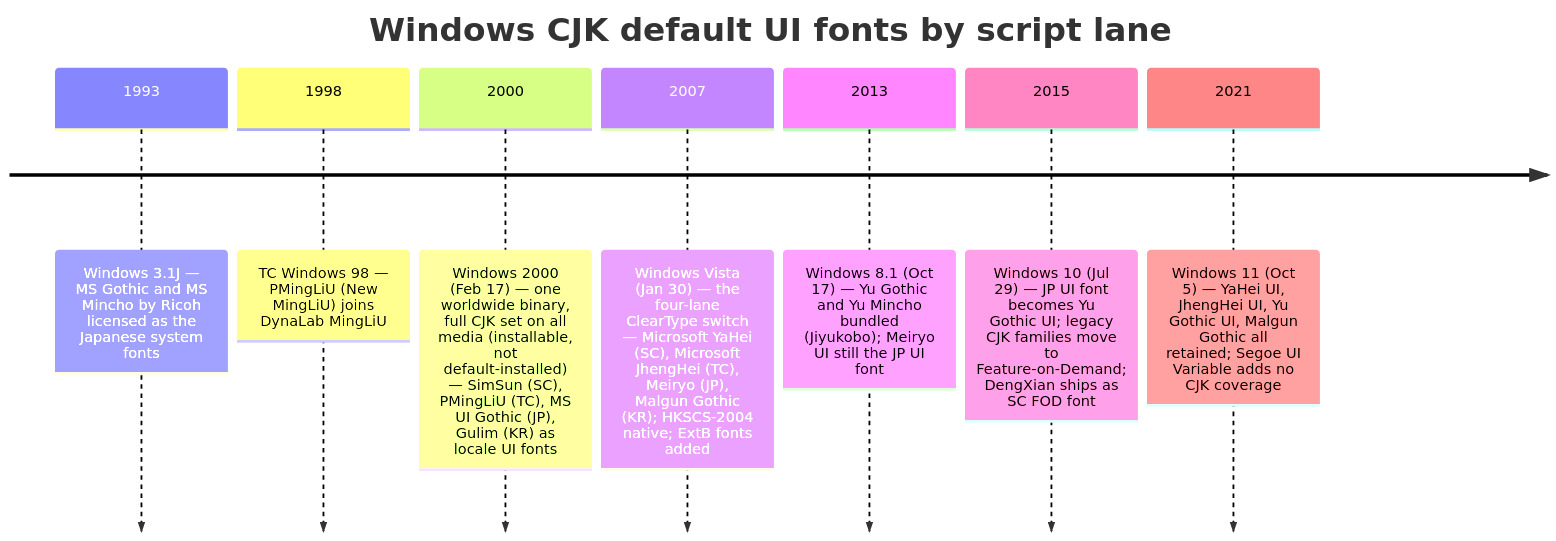
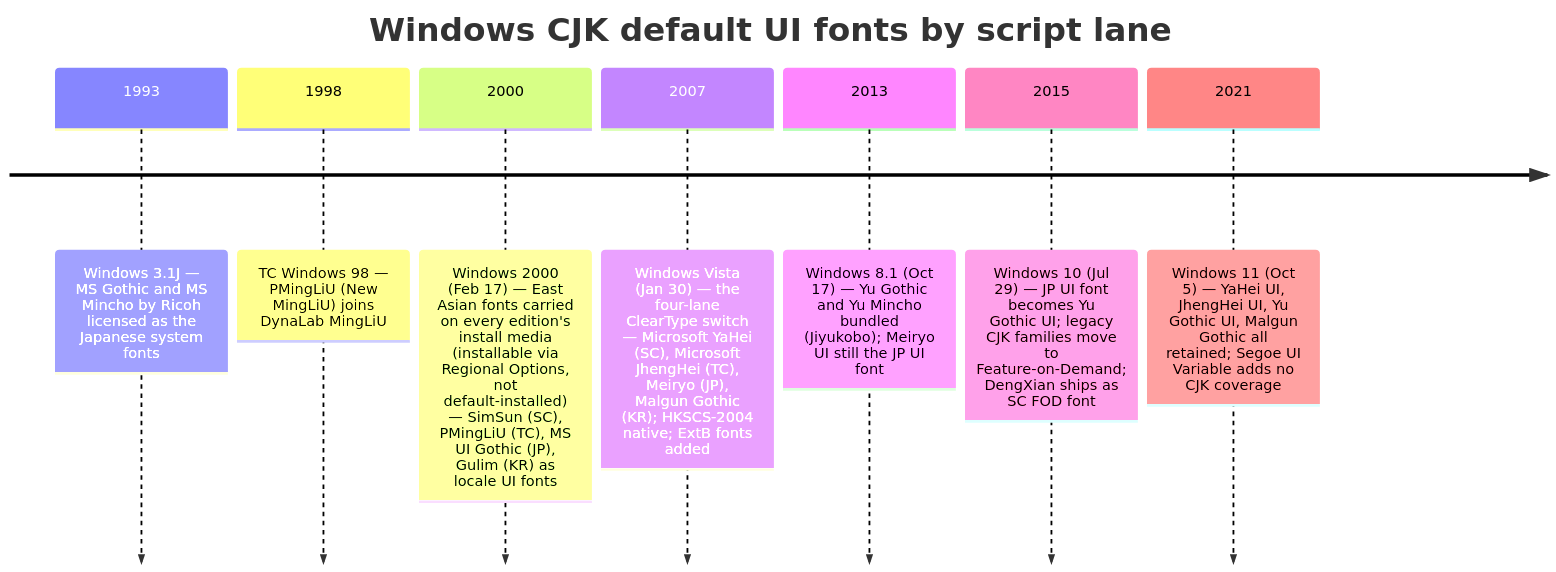
One commit to SecurityRonin/font-provenance changed the second of 10 diagrams in docs/font-provenance-timelines.md. Above: the diagram before and after it, drawn with Mermaid. The commit also changed other lines of this file and 3 other files, not shown here.

````diff
--- a/docs/font-provenance-timelines.md
+++ b/docs/font-provenance-timelines.md
@@ -109,11 +109,11 @@
 ```mermaid
 timeline
     title Windows CJK default UI fonts by script lane
     1993 : Windows 3.1J — MS Gothic and MS Mincho by Ricoh licensed as the Japanese system fonts
     1998 : TC Windows 98 — PMingLiU (New MingLiU) joins DynaLab MingLiU
-    2000 : Windows 2000 (Feb 17) — one worldwide binary, full CJK set on all media (installable, not default-installed) — SimSun (SC), PMingLiU (TC), MS UI Gothic (JP), Gulim (KR) as locale UI fonts
+    2000 : Windows 2000 (Feb 17) — East Asian fonts carried on every edition's install media (installable via Regional Options, not default-installed) — SimSun (SC), PMingLiU (TC), MS UI Gothic (JP), Gulim (KR) as locale UI fonts
     2007 : Windows Vista (Jan 30) — the four-lane ClearType switch — Microsoft YaHei (SC), Microsoft JhengHei (TC), Meiryo (JP), Malgun Gothic (KR); HKSCS-2004 native; ExtB fonts added
     2013 : Windows 8.1 (Oct 17) — Yu Gothic and Yu Mincho bundled (Jiyukobo); Meiryo UI still the JP UI font
     2015 : Windows 10 (Jul 29) — JP UI font becomes Yu Gothic UI; legacy CJK families move to Feature-on-Demand; DengXian ships as SC FOD font
     2021 : Windows 11 (Oct 5) — YaHei UI, JhengHei UI, Yu Gothic UI, Malgun Gothic all retained; Segoe UI Variable adds no CJK coverage
 ```
````
